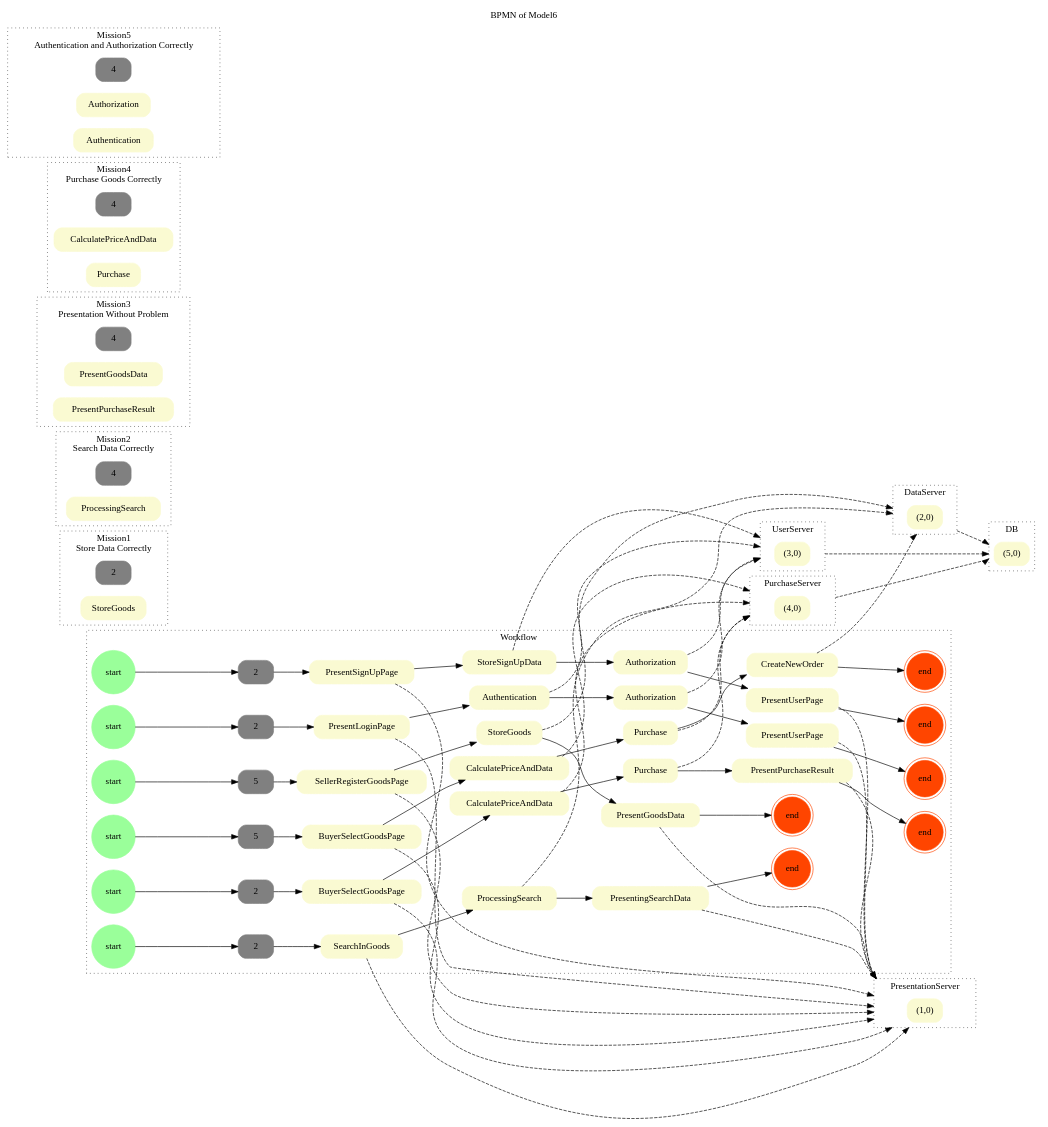
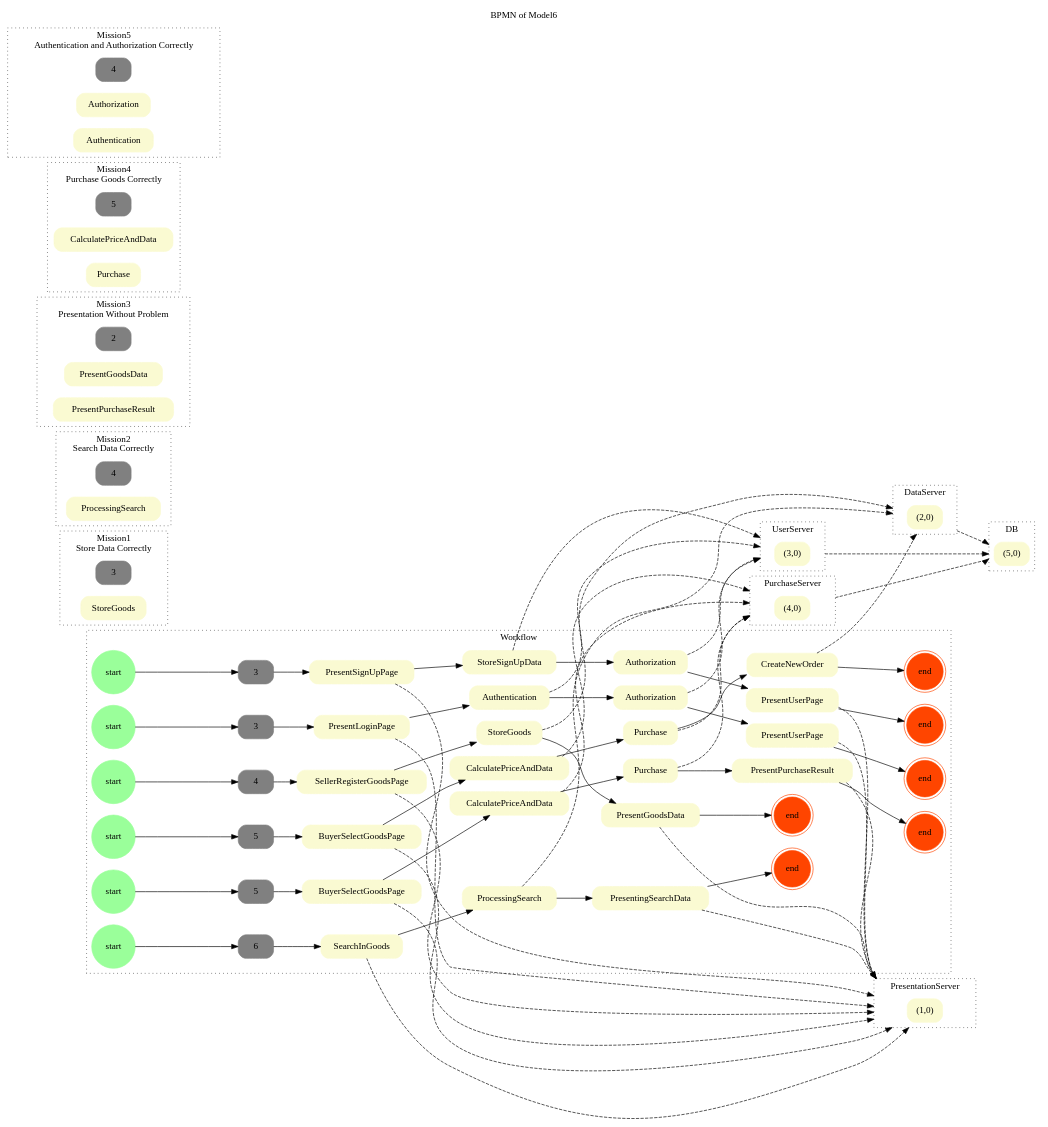
Before and after one commit to riasati/EvaluatingCSA: the diagram in BPMN-Network-Model/Model6/graph/BPMN.gv, drawn with Graphviz. The commit also changed 73 other files, not shown here.

```diff
--- a/BPMN-Network-Model/Model6/graph/BPMN.gv
+++ b/BPMN-Network-Model/Model6/graph/BPMN.gv
@@ -14,11 +14,11 @@
 	"end.5" [label=end color=orangered shape=doublecircle]
 	"start.6" [label=start color=palegreen1 shape=circle]
 	"end.6" [label=end color=orangered shape=doublecircle]
-	5.1 [label=5 color=gray]
+	4.1 [label=4 color=gray]
 	"SellerRegisterGoodsPage.1" [label=SellerRegisterGoodsPage]
 	"StoreGoods.1" [label=StoreGoods]
 	"PresentGoodsData.1" [label=PresentGoodsData]
-	2.2 [label=2 color=gray]
+	5.2 [label=5 color=gray]
 	"BuyerSelectGoodsPage.2" [label=BuyerSelectGoodsPage]
 	"CalculatePriceAndData.2" [label=CalculatePriceAndData]
 	"Purchase.2" [label=Purchase]
@@ -28,16 +28,16 @@
 	"CalculatePriceAndData.3" [label=CalculatePriceAndData]
 	"Purchase.3" [label=Purchase]
 	"CreateNewOrder.3" [label=CreateNewOrder]
-	2.4 [label=2 color=gray]
+	6.4 [label=6 color=gray]
 	"SearchInGoods.4" [label=SearchInGoods]
 	"ProcessingSearch.4" [label=ProcessingSearch]
 	"PresentingSearchData.4" [label=PresentingSearchData]
-	2.5 [label=2 color=gray]
+	3.5 [label=3 color=gray]
 	"PresentSignUpPage.5" [label=PresentSignUpPage]
 	"StoreSignUpData.5" [label=StoreSignUpData]
 	"Authorization.5" [label=Authorization]
 	"PresentUserPage.5" [label=PresentUserPage]
-	2.6 [label=2 color=gray]
+	3.6 [label=3 color=gray]
 	"PresentLoginPage.6" [label=PresentLoginPage]
 	"Authentication.6" [label=Authentication]
 	"Authorization.6" [label=Authorization]
@@ -47,14 +47,14 @@
 	"(4,0).PurchaseServer" [label="(4,0)"]
 	"(1,0).PresentationServer" [label="(1,0)"]
 	"(5,0).DB" [label="(5,0)"]
-	"2.Store Data Correctly" [label=2 color=gray]
+	"3.Store Data Correctly" [label=3 color=gray]
 	"StoreGoods.Store Data Correctly" [label=StoreGoods]
 	"4.Search Data Correctly" [label=4 color=gray]
 	"ProcessingSearch.Search Data Correctly" [label=ProcessingSearch]
-	"4.Presentation Without Problem" [label=4 color=gray]
+	"2.Presentation Without Problem" [label=2 color=gray]
 	"PresentGoodsData.Presentation Without Problem" [label=PresentGoodsData]
 	"PresentPurchaseResult.Presentation Without Problem" [label=PresentPurchaseResult]
-	"4.Purchase Goods Correctly" [label=4 color=gray]
+	"5.Purchase Goods Correctly" [label=5 color=gray]
 	"CalculatePriceAndData.Purchase Goods Correctly" [label=CalculatePriceAndData]
 	"Purchase.Purchase Goods Correctly" [label=Purchase]
 	"4.Authentication and Authorization Correctly" [label=4 color=gray]
@@ -74,12 +74,12 @@
 		"end.5"
 		"start.6"
 		"end.6"
-		5.1
-		2.2
+		4.1
+		5.2
 		5.3
-		2.4
-		2.5
-		2.6
+		6.4
+		3.5
+		3.6
 		"SellerRegisterGoodsPage.1"
 		"StoreGoods.1"
 		"PresentGoodsData.1"
@@ -125,7 +125,7 @@
 	}
 	subgraph cluster_mission1 {
 		label="Mission1\nStore Data Correctly" style=dotted
-		"2.Store Data Correctly"
+		"3.Store Data Correctly"
 		"StoreGoods.Store Data Correctly"
 	}
 	subgraph cluster_mission2 {
@@ -135,13 +135,13 @@
 	}
 	subgraph cluster_mission3 {
 		label="Mission3\nPresentation Without Problem" style=dotted
-		"4.Presentation Without Problem"
+		"2.Presentation Without Problem"
 		"PresentGoodsData.Presentation Without Problem"
 		"PresentPurchaseResult.Presentation Without Problem"
 	}
 	subgraph cluster_mission4 {
 		label="Mission4\nPurchase Goods Correctly" style=dotted
-		"4.Purchase Goods Correctly"
+		"5.Purchase Goods Correctly"
 		"CalculatePriceAndData.Purchase Goods Correctly"
 		"Purchase.Purchase Goods Correctly"
 	}
@@ -151,13 +151,13 @@
 		"Authorization.Authentication and Authorization Correctly"
 		"Authentication.Authentication and Authorization Correctly"
 	}
-	"start.1" -> 5.1
-	5.1 -> "SellerRegisterGoodsPage.1"
+	"start.1" -> 4.1
+	4.1 -> "SellerRegisterGoodsPage.1"
 	"SellerRegisterGoodsPage.1" -> "StoreGoods.1"
 	"StoreGoods.1" -> "PresentGoodsData.1"
 	"PresentGoodsData.1" -> "end.1"
-	"start.2" -> 2.2
-	2.2 -> "BuyerSelectGoodsPage.2"
+	"start.2" -> 5.2
+	5.2 -> "BuyerSelectGoodsPage.2"
 	"BuyerSelectGoodsPage.2" -> "CalculatePriceAndData.2"
 	"CalculatePriceAndData.2" -> "Purchase.2"
 	"Purchase.2" -> "PresentPurchaseResult.2"
@@ -168,19 +168,19 @@
 	"CalculatePriceAndData.3" -> "Purchase.3"
 	"Purchase.3" -> "CreateNewOrder.3"
 	"CreateNewOrder.3" -> "end.3"
-	"start.4" -> 2.4
-	2.4 -> "SearchInGoods.4"
+	"start.4" -> 6.4
+	6.4 -> "SearchInGoods.4"
 	"SearchInGoods.4" -> "ProcessingSearch.4"
 	"ProcessingSearch.4" -> "PresentingSearchData.4"
 	"PresentingSearchData.4" -> "end.4"
-	"start.5" -> 2.5
-	2.5 -> "PresentSignUpPage.5"
+	"start.5" -> 3.5
+	3.5 -> "PresentSignUpPage.5"
 	"PresentSignUpPage.5" -> "StoreSignUpData.5"
 	"StoreSignUpData.5" -> "Authorization.5"
 	"Authorization.5" -> "PresentUserPage.5"
 	"PresentUserPage.5" -> "end.5"
-	"start.6" -> 2.6
-	2.6 -> "PresentLoginPage.6"
+	"start.6" -> 3.6
+	3.6 -> "PresentLoginPage.6"
 	"PresentLoginPage.6" -> "Authentication.6"
 	"Authentication.6" -> "Authorization.6"
 	"Authorization.6" -> "PresentUserPage.6"
```
